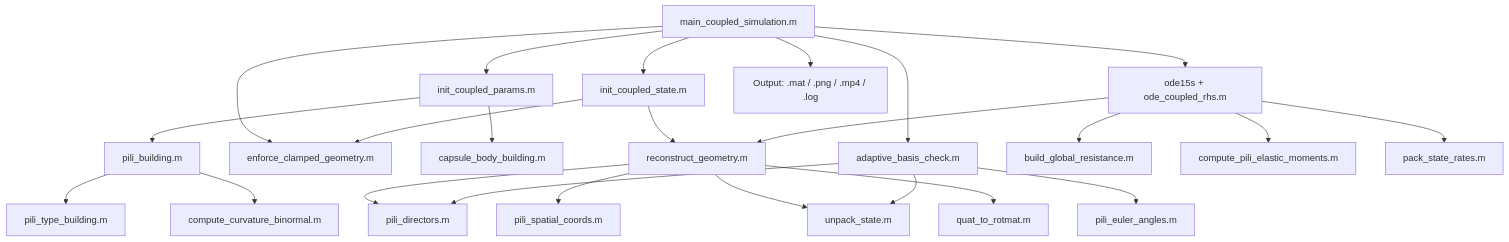
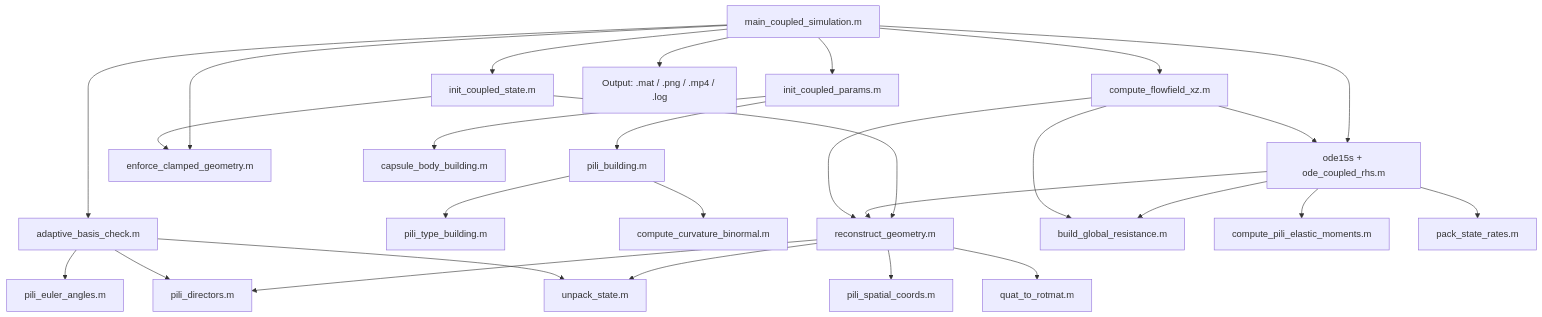
Before and after one commit to Lucien-6/Bacteria_Elastohydrodynamic_Simulation: the diagram in README.md, drawn with Mermaid. The commit also changed other lines of this file and 2 other files, not shown here.

Commit message:
Update main_coupled_simulation.m and README.md for version 2.9. Introduce XZ-plane flow field visualization at final state, enhancing output with 600 dpi for new flowfield image. Adjust case name for simulation and update versioning in logs and documentation to reflect recent changes.

````diff
--- a/README.md
+++ b/README.md
@@ -123,31 +126,36 @@
 ```mermaid
 graph TD
     A[main_coupled_simulation.m] --> B[init_coupled_params.m]
     A --> C[init_coupled_state.m]
     A --> D[ode15s + ode_coupled_rhs.m]
     A --> E[adaptive_basis_check.m]
     A --> F[enforce_clamped_geometry.m]
+    A --> V[compute_flowfield_xz.m]
     A --> G[Output: .mat / .png / .mp4 / .log]
 
     B --> H[capsule_body_building.m]
     B --> I[pili_building.m]
     I --> J[pili_type_building.m]
     I --> K[compute_curvature_binormal.m]
 
     C --> L[reconstruct_geometry.m]
     C --> F
 
     D --> L
     D --> M[build_global_resistance.m]
     D --> N[compute_pili_elastic_moments.m]
     D --> P[pack_state_rates.m]
 
+    V --> L
+    V --> D
+    V --> M
+
     L --> Q[pili_directors.m]
     L --> R[pili_spatial_coords.m]
     L --> S[unpack_state.m]
     L --> T[quat_to_rotmat.m]
 
     E --> Q
     E --> U[pili_euler_angles.m]
     E --> S
 ```
````
